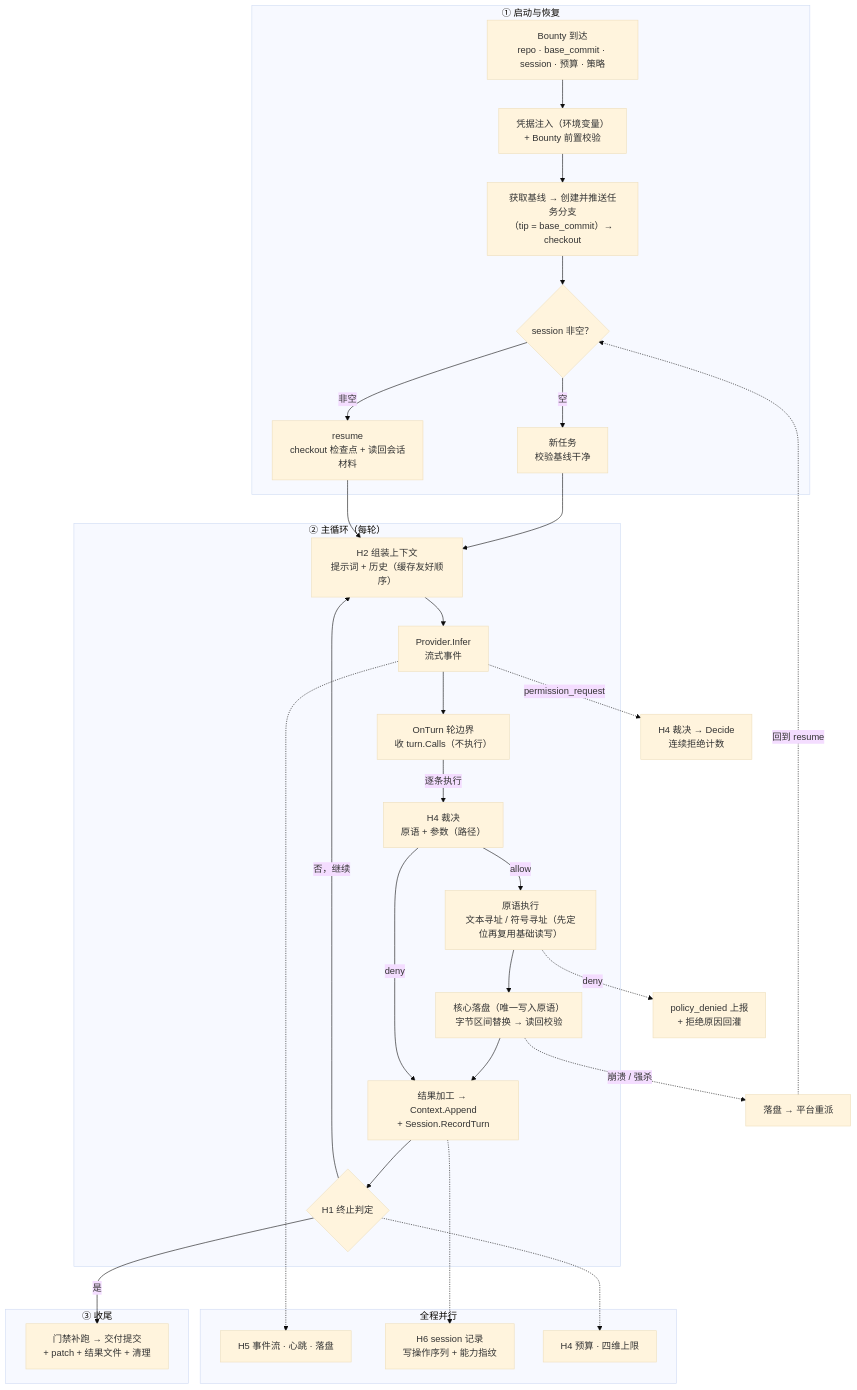
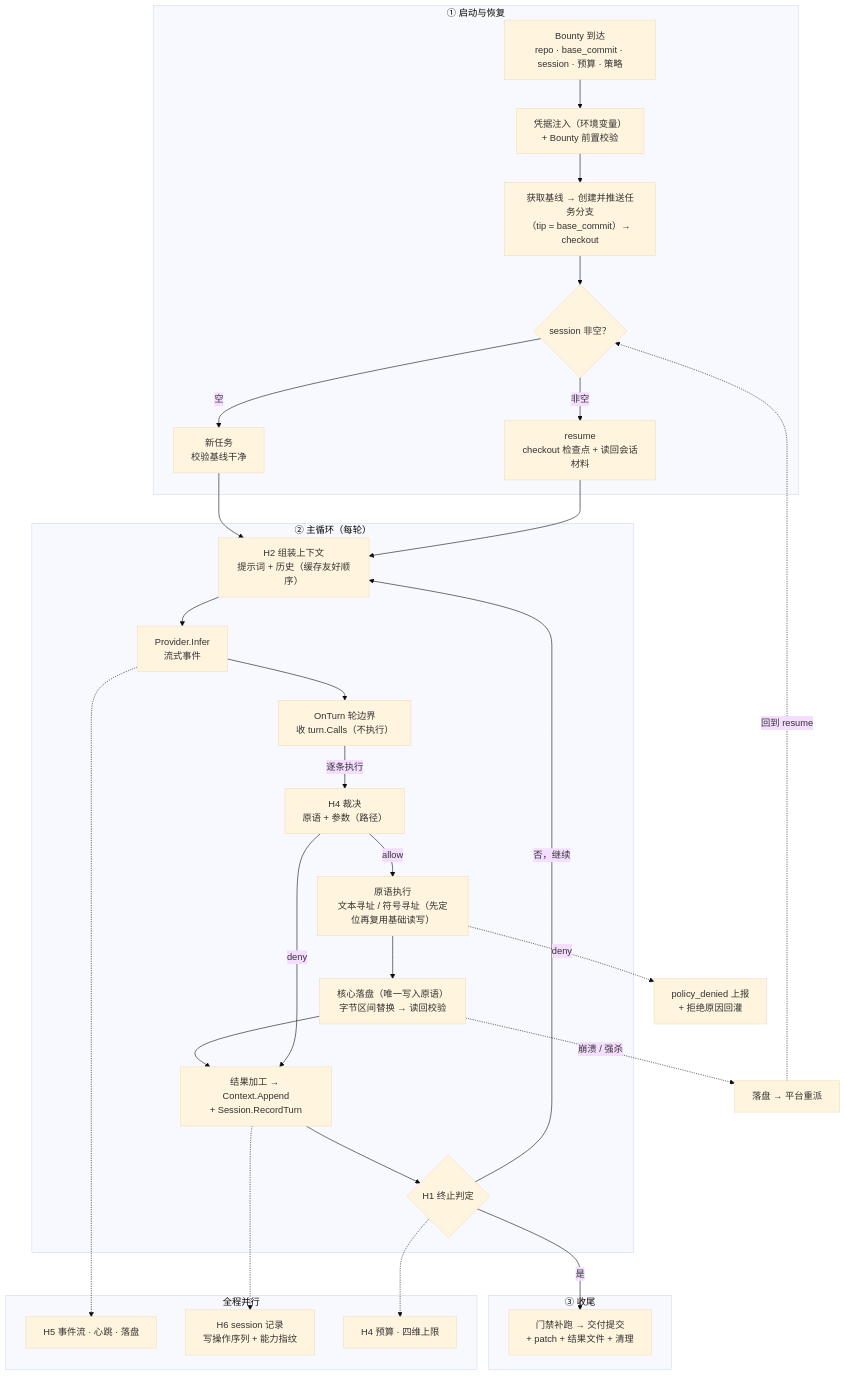
Before and after one commit to mengri/xhunter: the diagram in docs/xhunter-architecture.md, drawn with Mermaid (base theme). The commit also changed other lines of this file and 51 other files, not shown here.

````diff
--- a/docs/xhunter-architecture.md
+++ b/docs/xhunter-architecture.md
@@ -803,53 +799,52 @@
 ```mermaid
 flowchart TD
     subgraph P1["① 启动与恢复"]
         A1["Bounty 到达<br/>repo · base_commit · session · 预算 · 策略"]
         A2["凭据注入（环境变量）<br/>+ Bounty 前置校验"]
         A3["获取基线 → 创建并推送任务分支<br/>（tip = base_commit）→ checkout"]
         A4{"session 非空？"}
         A5a["新任务<br/>校验基线干净"]
         A5b["resume<br/>checkout 检查点 + 读回会话材料"]
         A1 --> A2 --> A3 --> A4
         A4 -->|空| A5a
         A4 -->|非空| A5b
     end
 
     subgraph P2["② 主循环（每轮）"]
         B1["H2 组装上下文<br/>提示词 + 历史（缓存友好顺序）"]
         B2["Provider.Infer<br/>流式事件"]
         B3["OnTurn 轮边界<br/>收 turn.Calls（不执行）"]
         B4["H4 裁决<br/>原语 + 参数（路径）"]
         B5["原语执行<br/>文本寻址 / 符号寻址（先定位再复用基础读写）"]
         B6["核心落盘（唯一写入原语）<br/>字节区间替换 → 读回校验"]
         B7["结果加工 → Context.Append<br/>+ Session.RecordTurn"]
         B8{"H1 终止判定"}
         B1 --> B2 --> B3
         B3 -->|逐条执行| B4
         B4 -->|allow| B5 --> B6 --> B7 --> B8
         B4 -->|deny| B7
         B8 -->|否，继续| B1
     end
 
     subgraph P3["③ 收尾"]
         C1["门禁补跑 → 交付提交<br/>+ patch + 结果文件 + 清理"]
     end
 
     subgraph P0["全程并行"]
         E1["H5 事件流 · 心跳 · 落盘"]
         E2["H6 session 记录<br/>写操作序列 + 能力指纹"]
         E3["H4 预算 · 四维上限"]
     end
 
     A5a --> B1
     A5b --> B1
     B8 -->|是| C1
 
-    B2 -.->|permission_request| D1["H4 裁决 → Decide<br/>连续拒绝计数"]
     B5 -.->|deny| D2["policy_denied 上报<br/>+ 拒绝原因回灌"]
     B6 -.->|崩溃 / 强杀| D3["落盘 → 平台重派"]
     D3 -.->|回到 resume| A4
 
     B2 -.-> E1
     B7 -.-> E2
     B8 -.-> E3
 ```
````
